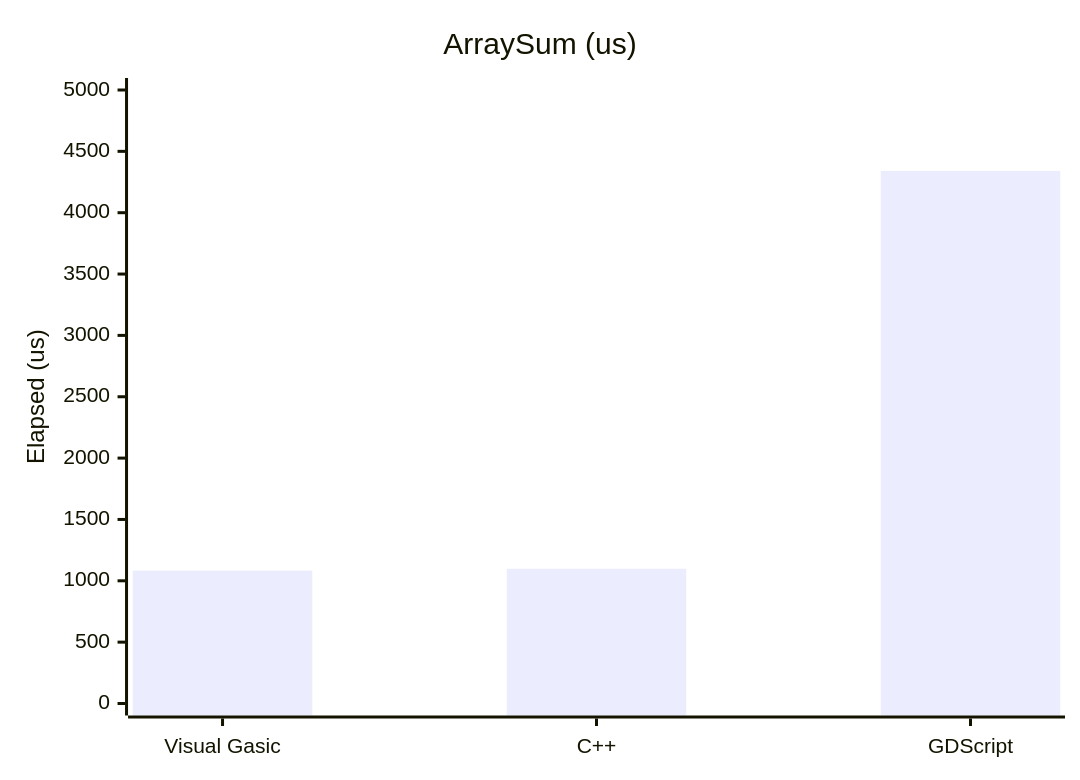
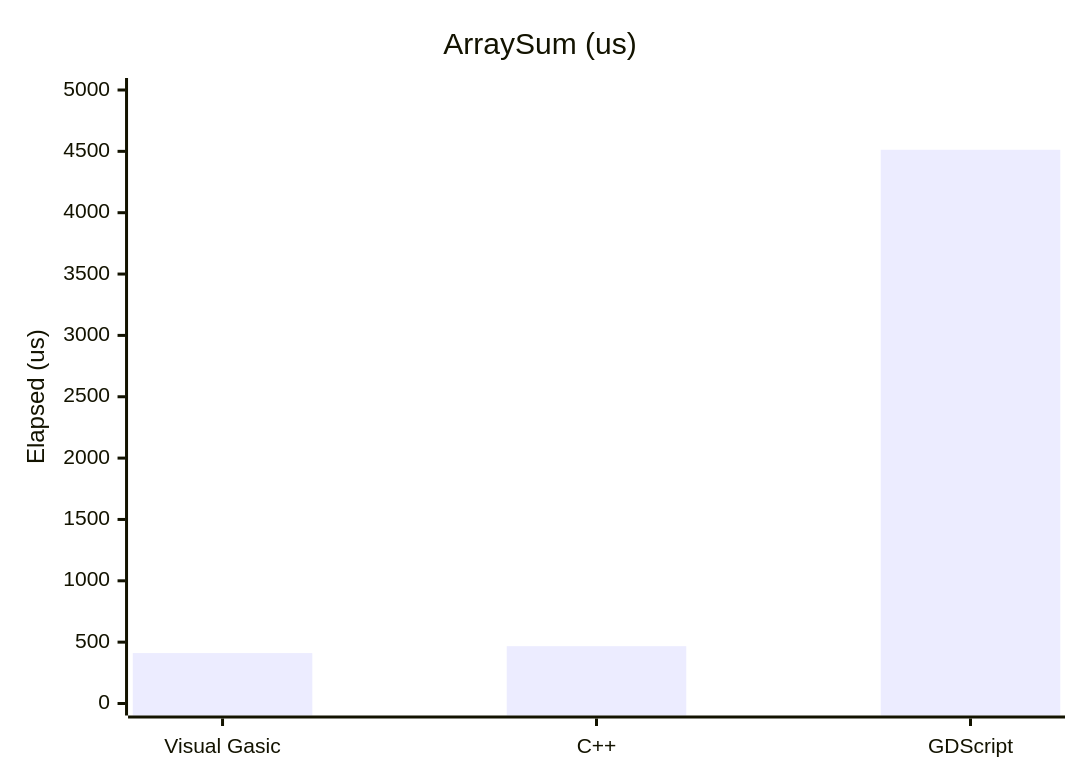
The second of 10 diagrams in docs/manual/performance.md (xgreenrx-star/VisualGasic), drawn with Mermaid before and after one commit. The commit also changed other lines of this file and 5 other files, not shown here.

````diff
--- a/docs/manual/performance.md
+++ b/docs/manual/performance.md
@@ -85,7 +82,7 @@
 ```mermaid
 xychart-beta
     title "ArraySum (us)"
     x-axis ["Visual Gasic","C++","GDScript"]
     y-axis "Elapsed (us)" 0 --> 5000
-    bar [1083,1098,4341]
+    bar [411,467,4513]
 ```
````
